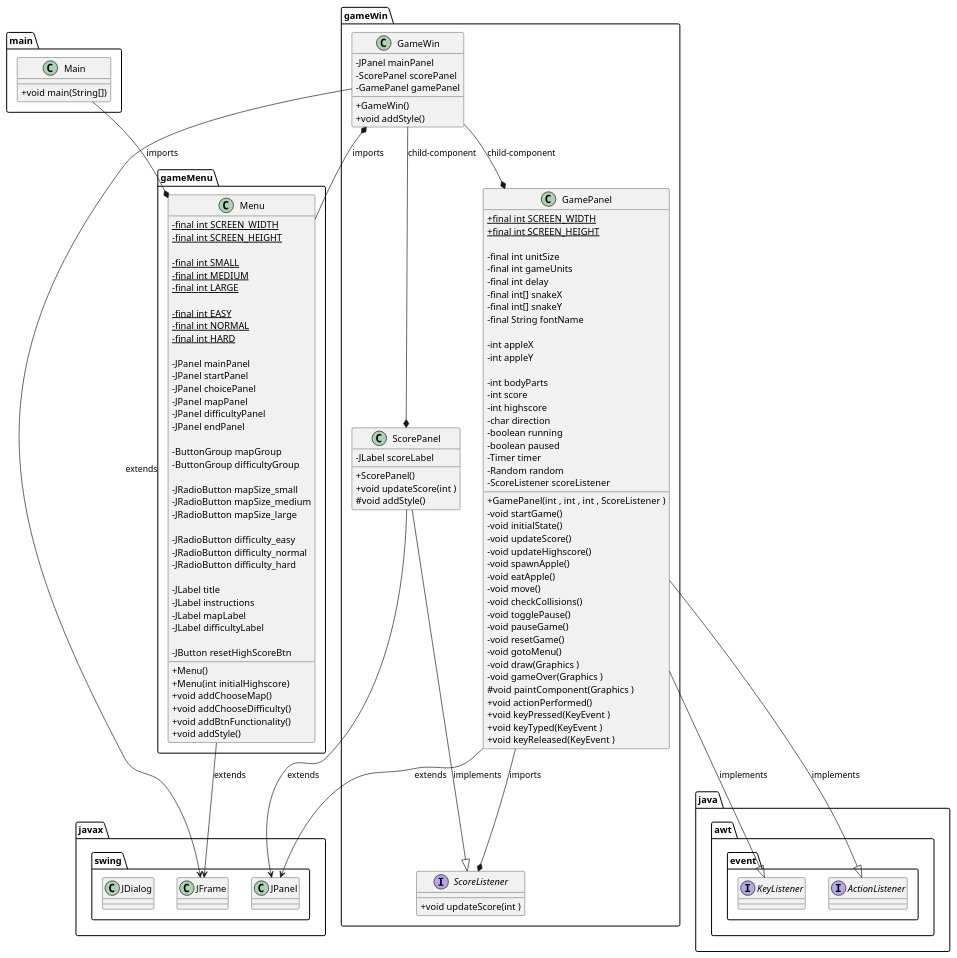
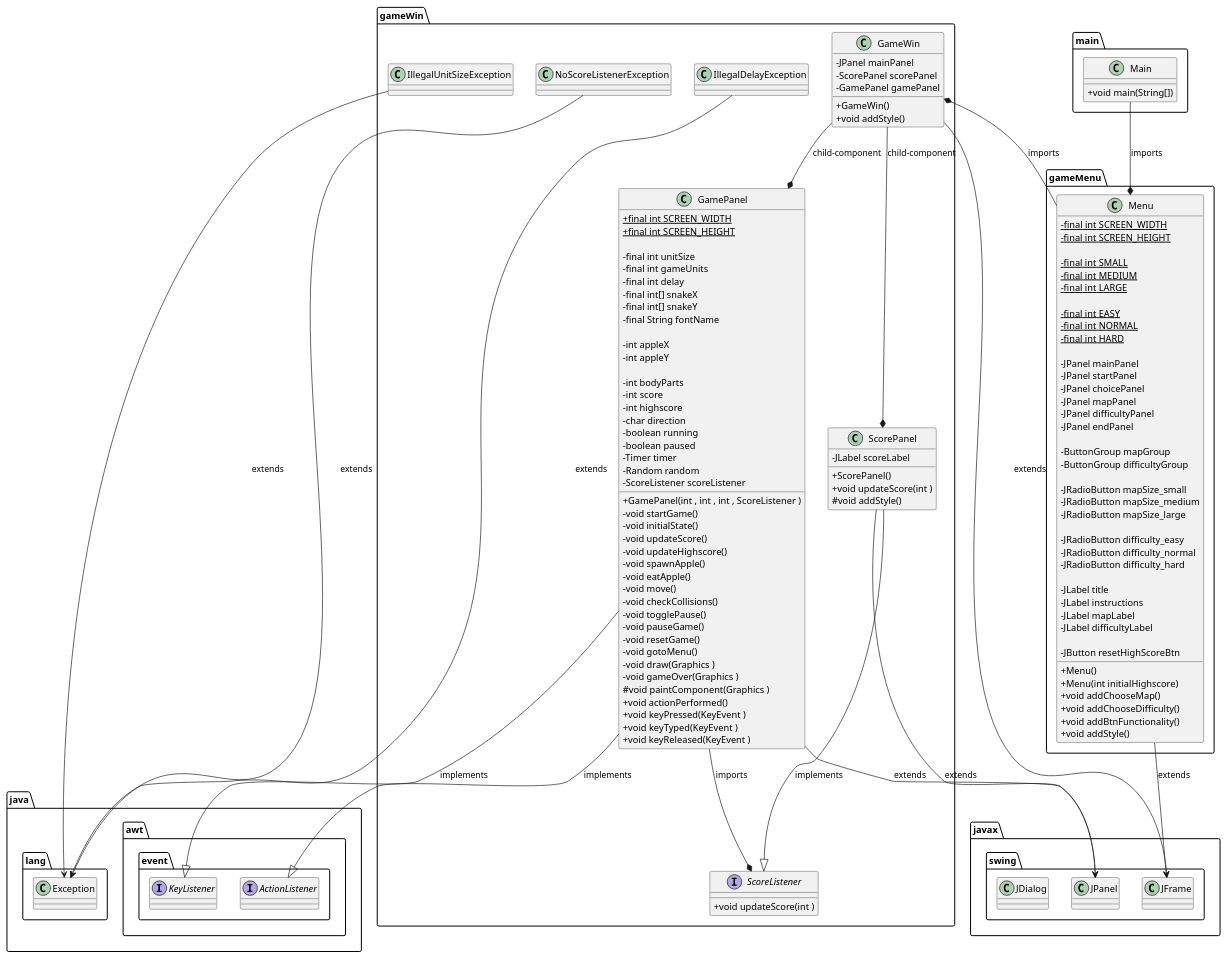
One commit to ShaheerSharif/snake-game-4th-sem changed the diagram in docs/puml/gameClass.puml. Above: the diagram before and after it, drawn with PlantUML. The commit also changed 5 other files, not shown here.

```diff
--- a/docs/puml/gameClass.puml
+++ b/docs/puml/gameClass.puml
@@ -1,164 +1,175 @@
 @startuml gameClassDiagram
 
     skinparam classAttributeIconSize 0
+
+    gameWin.IllegalUnitSizeException --> java.lang.Exception : extends
+    gameWin.IllegalDelayException --> java.lang.Exception : extends
+    gameWin.NoScoreListenerException --> java.lang.Exception : extends
 
     gameMenu.Menu --> javax.swing.JFrame : extends
     gameWin.GameWin --> javax.swing.JFrame : extends
     gameWin.GamePanel --> javax.swing.JPanel : extends
     gameWin.ScorePanel --> javax.swing.JPanel : extends
 
     gameWin.GamePanel --|> java.awt.event.KeyListener : implements
     gameWin.GamePanel --|> java.awt.event.ActionListener : implements
     gameWin.ScorePanel --|> gameWin.ScoreListener : implements
 
     gameWin.GameWin --* gameWin.ScorePanel : child-component
     gameWin.GameWin --* gameWin.GamePanel : child-component
 
     gameMenu.Menu -left-* gameWin.GameWin : imports
     gameWin.GamePanel --* gameWin.ScoreListener : imports
     main.Main --* gameMenu.Menu : imports
 
     package main {
         class Main
     }
 
     package gameMenu {
         class gameMenu.Menu
     }
 
     package gameWin {
+        class gameWin.IllegalUnitSizeException
+        class gameWin.IllegalDelayException
+        class gameWin.NoScoreListenerException
         class gameWin.GameWin
         class gameWin.GamePanel
         class gameWin.ScorePanel
         interface gameWin.ScoreListener
 
     }
 
     package javax.swing {
         class javax.swing.JFrame
         class javax.swing.JDialog
         class javax.swing.JPanel
     }
 
     package java.awt.event {
         interface java.awt.event.KeyListener
         interface java.awt.event.ActionListener
+    }
+
+    package java.lang {
+        class Exception
     }
 
     class main.Main {
         +void main(String[])
     }
 
     class gameMenu.Menu {
         -final int {static} SCREEN_WIDTH
         -final int {static} SCREEN_HEIGHT
         
         -final int {static} SMALL
         -final int {static} MEDIUM
         -final int {static} LARGE
         
         -final int {static} EASY
         -final int {static} NORMAL
         -final int {static} HARD
 
         -JPanel mainPanel
         -JPanel startPanel
         -JPanel choicePanel
         -JPanel mapPanel
         -JPanel difficultyPanel
         -JPanel endPanel
 
         -ButtonGroup mapGroup
         -ButtonGroup difficultyGroup
 
         -JRadioButton mapSize_small
         -JRadioButton mapSize_medium
         -JRadioButton mapSize_large
 
         -JRadioButton difficulty_easy
         -JRadioButton difficulty_normal
         -JRadioButton difficulty_hard
 
         -JLabel title
         -JLabel instructions
         -JLabel mapLabel
         -JLabel difficultyLabel
 
         -JButton resetHighScoreBtn
 
         +Menu()
         +Menu(int initialHighscore)
         +void addChooseMap()
         +void addChooseDifficulty()
         +void addBtnFunctionality()
         +void addStyle()
     }
 
     class gameWin.GamePanel {
         +final int {static} SCREEN_WIDTH
         +final int {static} SCREEN_HEIGHT
 
         -final int unitSize
         -final int gameUnits
         -final int delay
         -final int[] snakeX
         -final int[] snakeY
         -final String fontName
 
         -int appleX
         -int appleY
         
         -int bodyParts
         -int score
         -int highscore
         -char direction
         -boolean running
         -boolean paused
         -Timer timer
         -Random random
         -ScoreListener scoreListener
 
         +GamePanel(int , int , int , ScoreListener )
         -void startGame()
         -void initialState()
         -void updateScore()
         -void updateHighscore()
         -void spawnApple()
         -void eatApple()
         -void move()
         -void checkCollisions()
         -void togglePause()
         -void pauseGame()
         -void resetGame()
         -void gotoMenu()
         -void draw(Graphics )
         -void gameOver(Graphics )
         #void paintComponent(Graphics )
         +void actionPerformed()
         +void keyPressed(KeyEvent )
         +void keyTyped(KeyEvent )
         +void keyReleased(KeyEvent )
     }
 
     class gameWin.ScorePanel {
         -JLabel scoreLabel
         
         +ScorePanel()
         +void updateScore(int )
         #void addStyle()
     }
 
     class gameWin.GameWin {
         -JPanel mainPanel
         -ScorePanel scorePanel
         -GamePanel gamePanel
 
         +GameWin()
         +void addStyle()
     }
 
     interface gameWin.ScoreListener {
         +void updateScore(int )
     }
 
 @enduml
```
